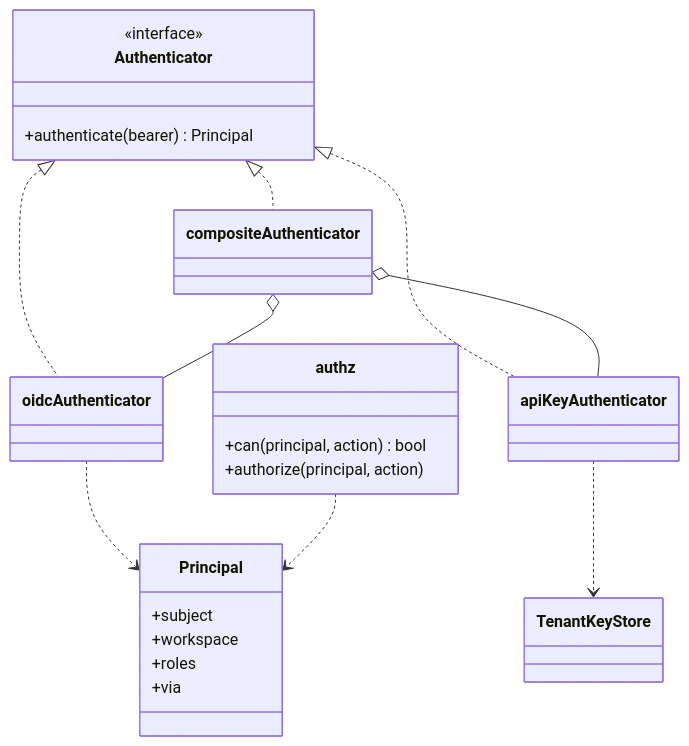
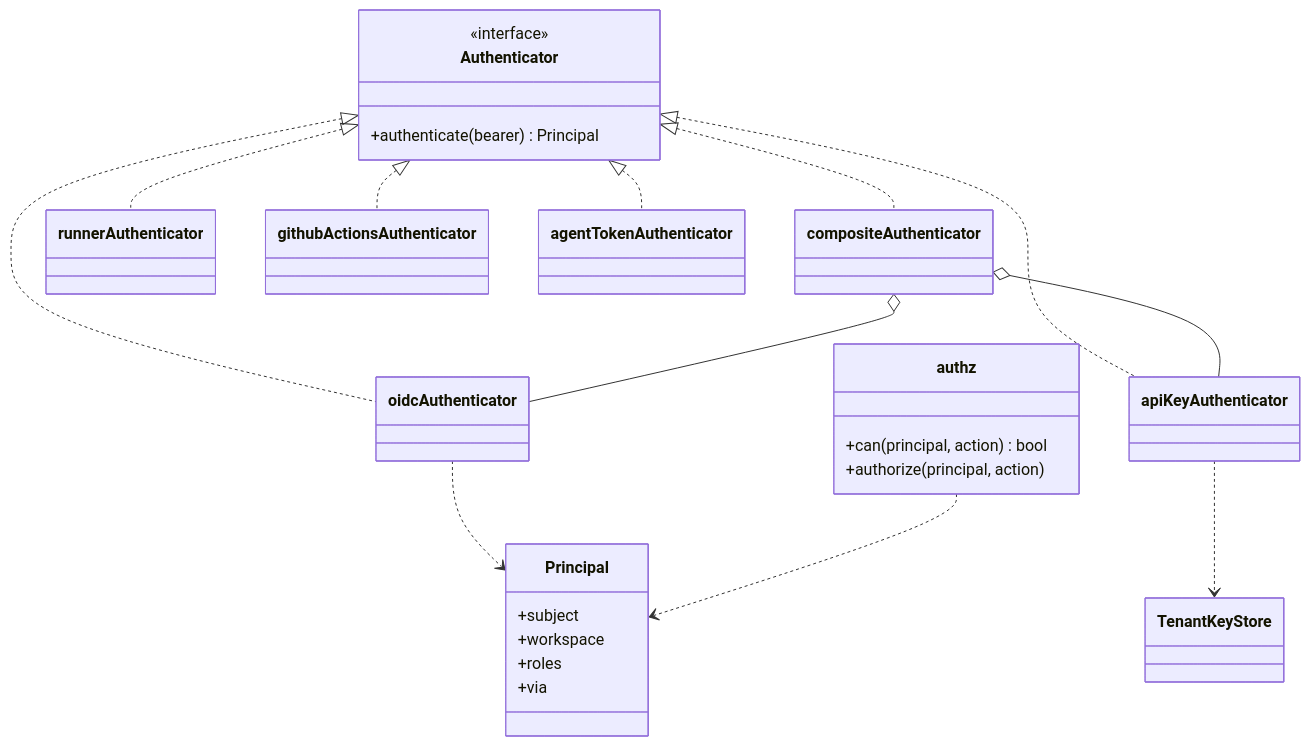
Diagram 21 of 24 in docs/architecture/collaboration.md (everdict/everdict), drawn with Mermaid before and after one commit. The commit also changed other lines of this file and 179 other files, not shown here.

````diff
--- a/docs/architecture/collaboration.md
+++ b/docs/architecture/collaboration.md
@@ -885,25 +951,28 @@
 ```mermaid
 classDiagram
   class Authenticator {
     <<interface>>
     +authenticate(bearer) Principal
   }
   class Principal {
     +subject
     +workspace
     +roles
     +via
   }
   class authz {
     +can(principal, action) bool
     +authorize(principal, action)
   }
   Authenticator <|.. compositeAuthenticator
   Authenticator <|.. oidcAuthenticator
   Authenticator <|.. apiKeyAuthenticator
+  Authenticator <|.. runnerAuthenticator
+  Authenticator <|.. githubActionsAuthenticator
+  Authenticator <|.. agentTokenAuthenticator
   compositeAuthenticator o-- oidcAuthenticator
   compositeAuthenticator o-- apiKeyAuthenticator
   apiKeyAuthenticator ..> TenantKeyStore
   oidcAuthenticator ..> Principal
   authz ..> Principal
 ```
````
